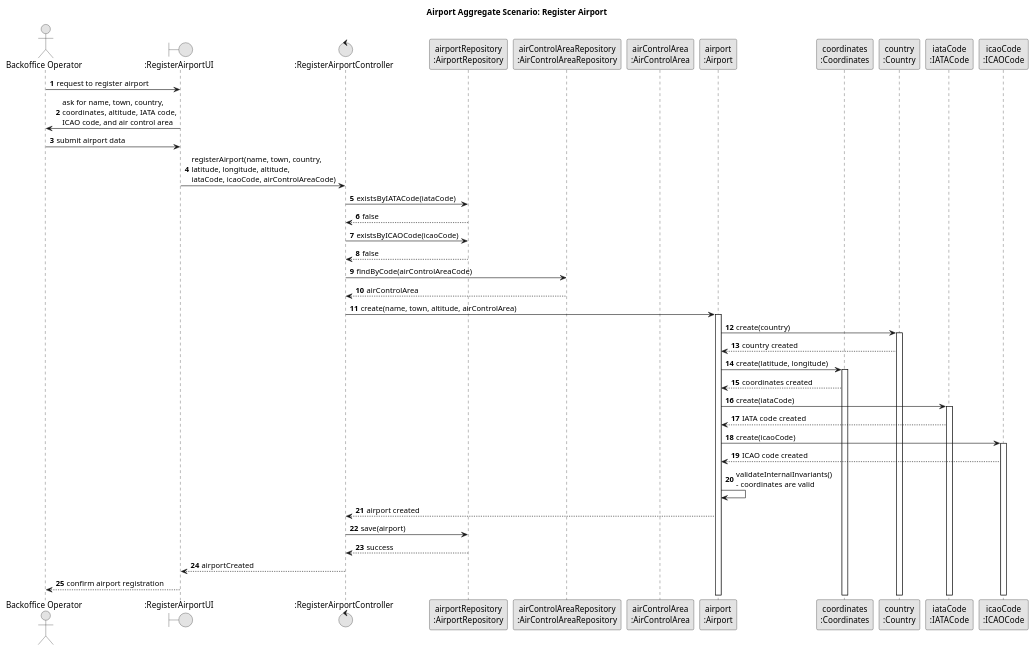
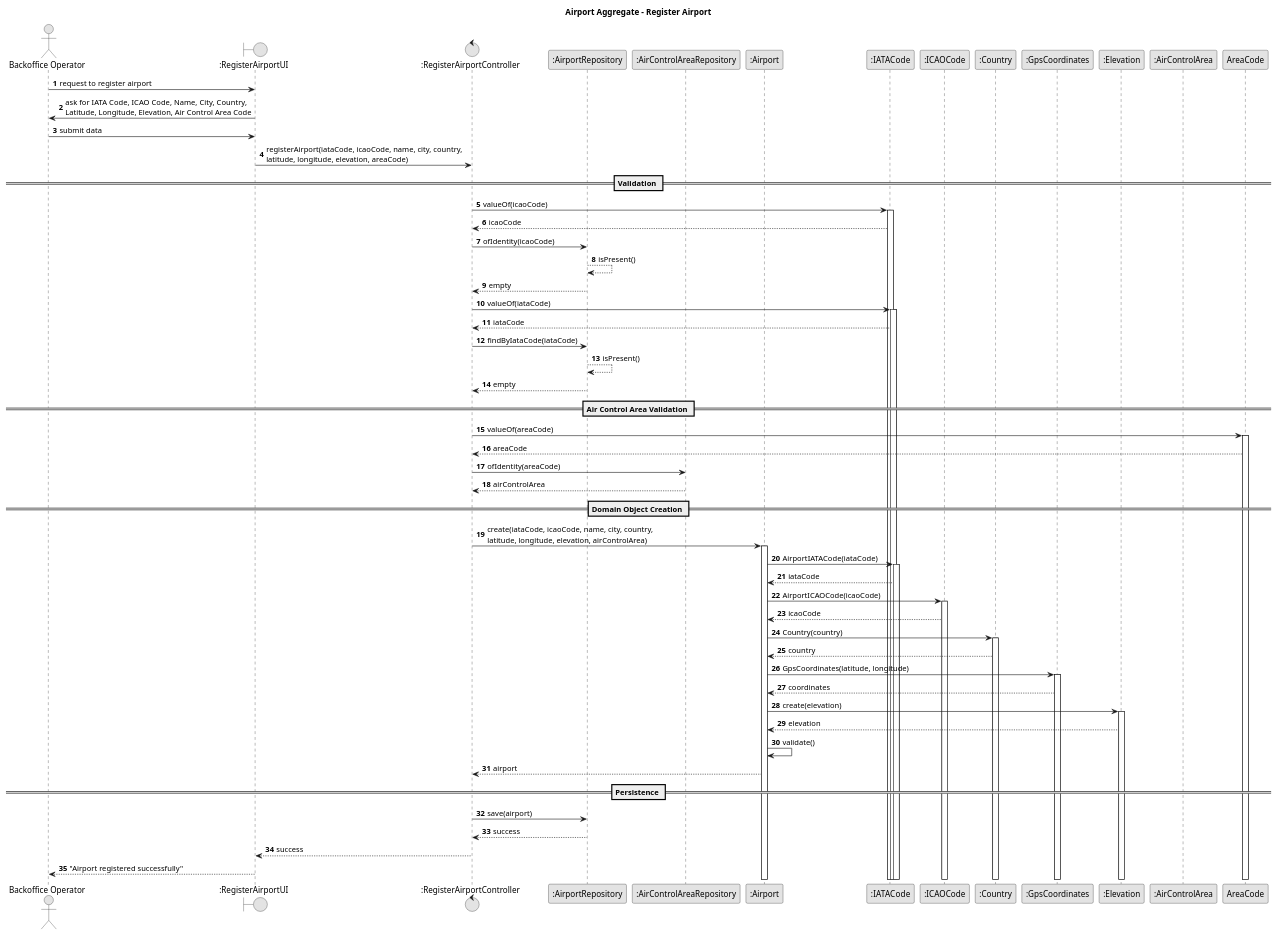
One commit to GustavoFerreira24/flight-management-platform changed the diagram in docs/global-artifacts/03.design/puml/AirportAggregate-SD.puml. Above: the diagram before and after it, drawn with PlantUML. The commit also changed 3 other files, not shown here.

Commit message:
US101 (Code): Validate elevation input to prevent negative values. Update Elevation constructor to throw IllegalArgumentException for negative meters and modify corresponding unit tests. Documentation in /docs updated [#95] [#96]

```diff
--- a/docs/global-artifacts/03.design/puml/AirportAggregate-SD.puml
+++ b/docs/global-artifacts/03.design/puml/AirportAggregate-SD.puml
@@ -1,60 +1,88 @@
 @startuml
-title Airport Aggregate Scenario: Register Airport
+title Airport Aggregate - Register Airport
 
 skinparam monochrome true
 skinparam packageStyle rectangle
 skinparam shadowing false
-
 autonumber
 
 actor "Backoffice Operator" as BO
 boundary ":RegisterAirportUI" as UI
-control ":RegisterAirportController" as C
-participant "airportRepository\n:AirportRepository" as AirportRepo
-participant "airControlAreaRepository\n:AirControlAreaRepository" as AreaRepo
-participant "airControlArea\n:AirControlArea" as Area
-participant "airport\n:Airport" as Airport
-participant "coordinates\n:Coordinates" as Coordinates
-participant "country\n:Country" as Country
-participant "iataCode\n:IATACode" as IATACode
-participant "icaoCode\n:ICAOCode" as ICAOCode
+control ":RegisterAirportController" as Controller
+participant ":AirportRepository" as AirportRepo
+participant ":AirControlAreaRepository" as AreaRepo
+
+participant ":Airport" as Airport
+participant ":IATACode" as IATACode
+participant ":ICAOCode" as ICAOCode
+participant ":Country" as Country
+participant ":GpsCoordinates" as Coordinates
+participant ":Elevation" as Elevation
+participant ":AirControlArea" as Area
 
 BO -> UI : request to register airport
-UI -> BO : ask for name, town, country,\ncoordinates, altitude, IATA code,\nICAO code, and air control area
 
-BO -> UI : submit airport data
-UI -> C : registerAirport(name, town, country,\nlatitude, longitude, altitude,\niataCode, icaoCode, airControlAreaCode)
+UI -> BO : ask for IATA Code, ICAO Code, Name, City, Country,\nLatitude, Longitude, Elevation, Air Control Area Code
 
-C -> AirportRepo : existsByIATACode(iataCode)
-AirportRepo --> C : false
+BO -> UI : submit data
 
-C -> AirportRepo : existsByICAOCode(icaoCode)
-AirportRepo --> C : false
+UI -> Controller : registerAirport(iataCode, icaoCode, name, city, country,\nlatitude, longitude, elevation, areaCode)
 
-C -> AreaRepo : findByCode(airControlAreaCode)
-AreaRepo --> C : airControlArea
+== Validation ==
 
-C -> Airport ++ : create(name, town, altitude, airControlArea)
+Controller -> IATACode ++ : valueOf(icaoCode)
+IATACode --> Controller : icaoCode
 
-Airport -> Country ++ : create(country)
-Country --> Airport : country created
+Controller -> AirportRepo : ofIdentity(icaoCode)
+AirportRepo --> AirportRepo : isPresent()
 
-Airport -> Coordinates ++ : create(latitude, longitude)
-Coordinates --> Airport : coordinates created
+AirportRepo --> Controller : empty
 
-Airport -> IATACode ++ : create(iataCode)
-IATACode --> Airport : IATA code created
+Controller -> IATACode ++ : valueOf(iataCode)
+IATACode --> Controller : iataCode
 
-Airport -> ICAOCode ++ : create(icaoCode)
-ICAOCode --> Airport : ICAO code created
+Controller -> AirportRepo : findByIataCode(iataCode)
+AirportRepo --> AirportRepo : isPresent()
 
-Airport -> Airport : validateInternalInvariants()\n- coordinates are valid
-Airport --> C : airport created
+AirportRepo --> Controller : empty
 
-C -> AirportRepo : save(airport)
-AirportRepo --> C : success
+== Air Control Area Validation ==
 
-C --> UI : airportCreated
-UI --> BO : confirm airport registration
+Controller -> AreaCode ++ : valueOf(areaCode)
+AreaCode --> Controller : areaCode
+
+Controller -> AreaRepo : ofIdentity(areaCode)
+AreaRepo --> Controller : airControlArea
+
+== Domain Object Creation ==
+
+Controller -> Airport ++ : create(iataCode, icaoCode, name, city, country, \nlatitude, longitude, elevation, airControlArea)
+
+    Airport -> IATACode ++ : AirportIATACode(iataCode)
+    IATACode --> Airport : iataCode
+
+    Airport -> ICAOCode ++ : AirportICAOCode(icaoCode)
+    ICAOCode --> Airport : icaoCode
+
+    Airport -> Country ++ : Country(country)
+    Country --> Airport : country
+
+    Airport -> Coordinates ++ : GpsCoordinates(latitude, longitude)
+    Coordinates --> Airport : coordinates
+
+    Airport -> Elevation ++ : create(elevation)
+    Elevation --> Airport : elevation
+
+    Airport -> Airport : validate()
+
+Airport --> Controller : airport
+
+== Persistence ==
+
+Controller -> AirportRepo : save(airport)
+AirportRepo --> Controller : success
+
+Controller --> UI : success
+UI --> BO : "Airport registered successfully"
 
 @enduml
```
